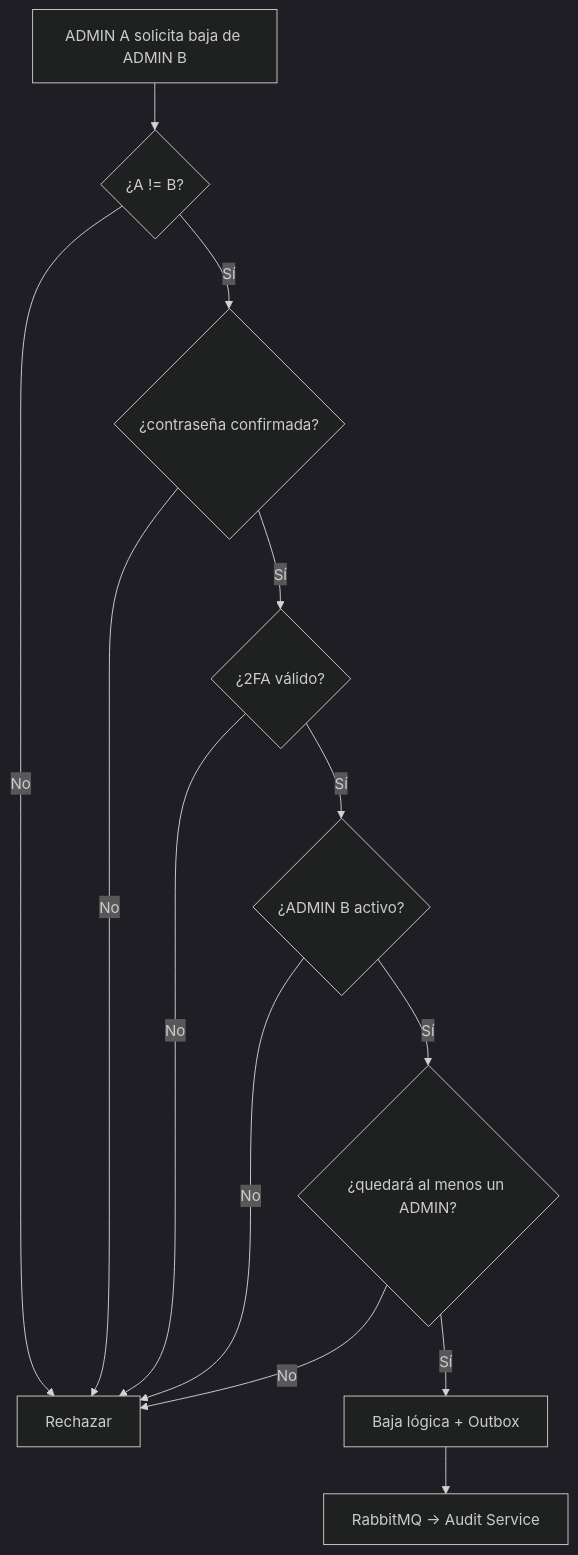
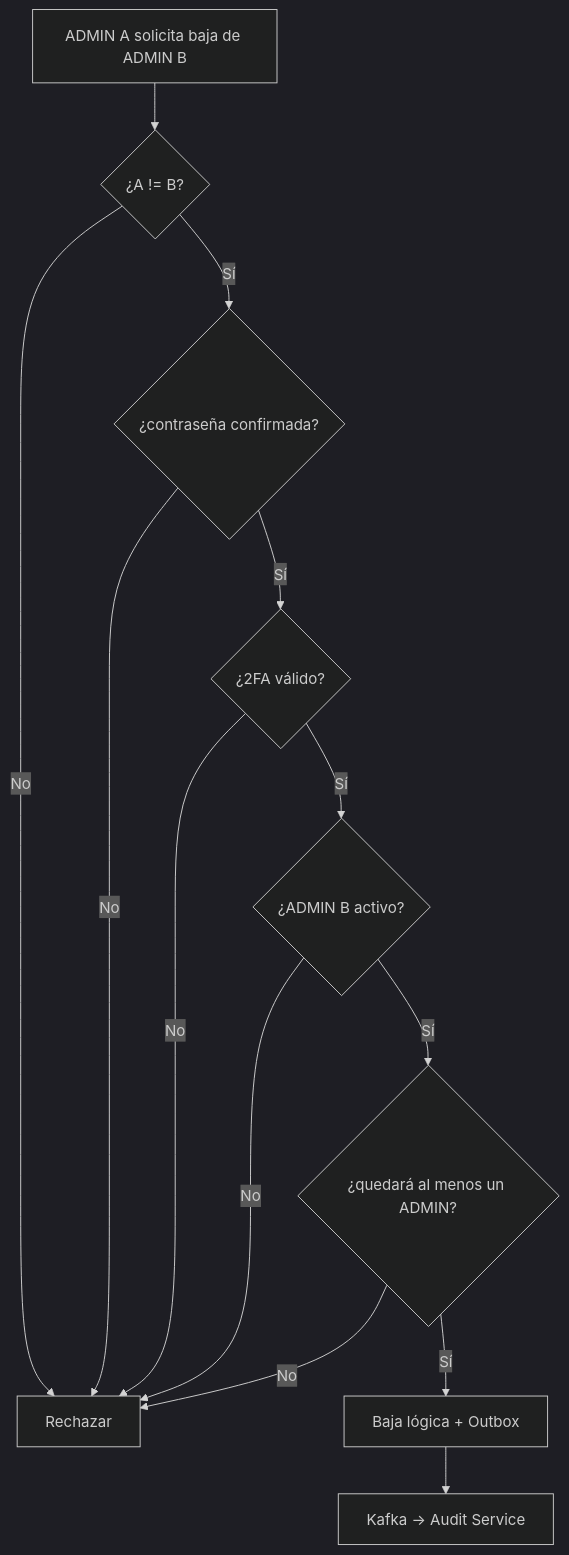
The fifth of 5 diagrams in docs/arquitectura/comunicacion.md (2W2-114324-Carballo-Juarez-Mateo/backoffice-docs), drawn with Mermaid (dark theme) before and after one commit. The commit also changed other lines of this file and 12 other files, not shown here.

````diff
--- a/docs/arquitectura/comunicacion.md
+++ b/docs/arquitectura/comunicacion.md
@@ -134,15 +146,15 @@
 ```mermaid
 flowchart TD
     A[ADMIN A solicita baja de ADMIN B] --> B{¿A != B?}
     B -- No --> X[Rechazar]
     B -- Sí --> C{¿contraseña confirmada?}
     C -- No --> X
     C -- Sí --> D{¿2FA válido?}
     D -- No --> X
     D -- Sí --> E{¿ADMIN B activo?}
     E -- No --> X
     E -- Sí --> F{¿quedará al menos un ADMIN?}
     F -- No --> X
     F -- Sí --> G[Baja lógica + Outbox]
-    G --> H[RabbitMQ → Audit Service]
+    G --> H[Kafka → Audit Service]
 ```
````
